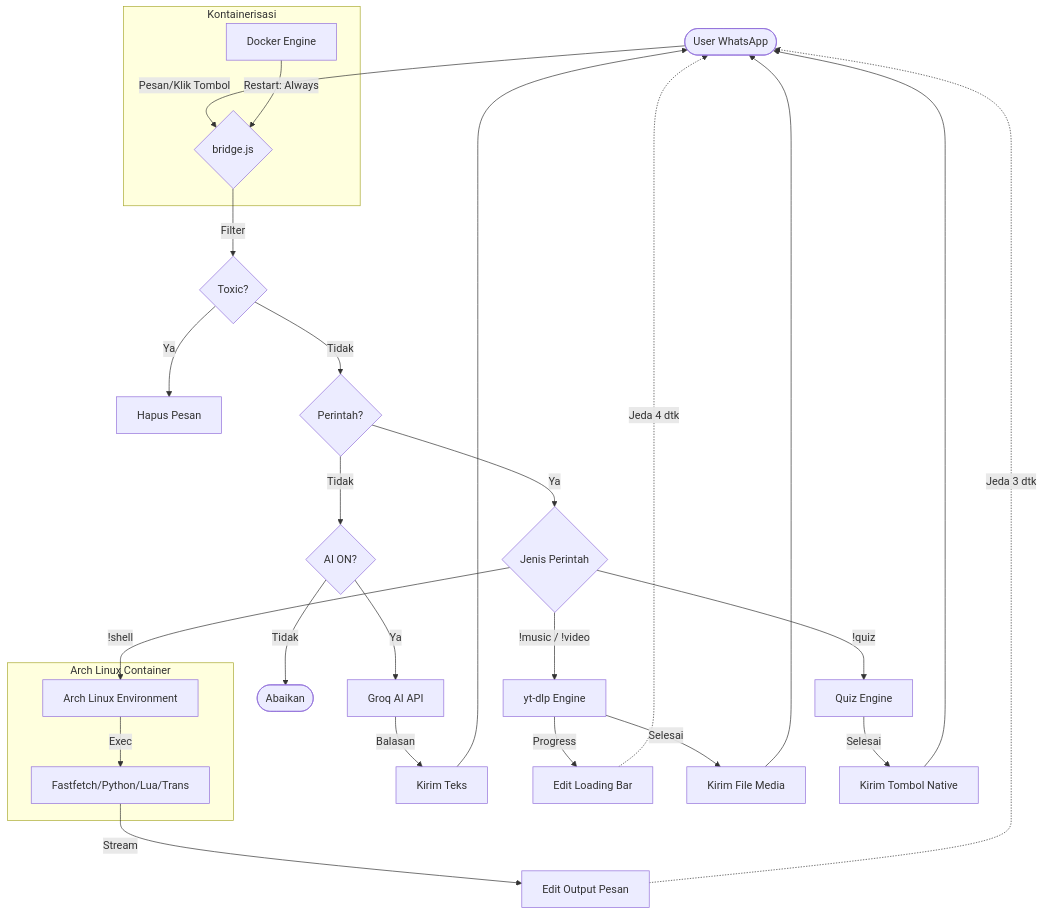
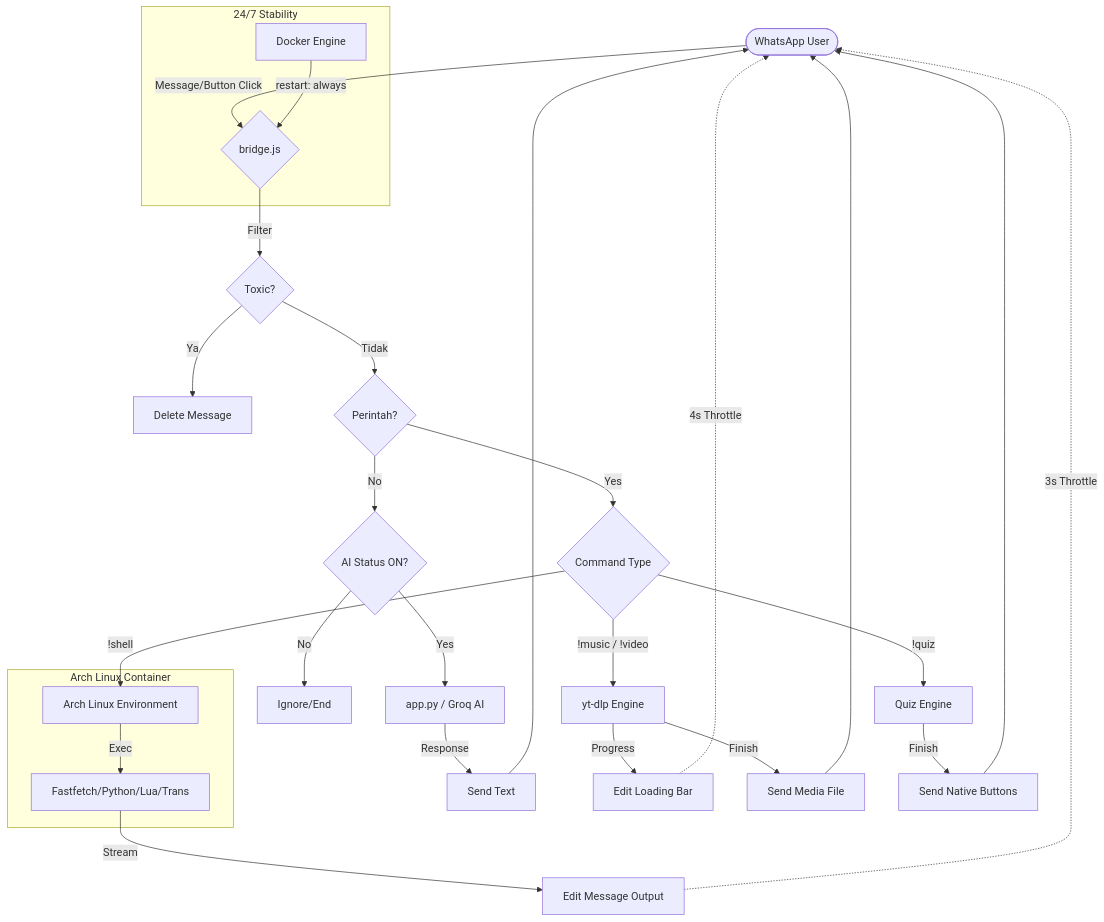
Before and after one commit to Danta23/Belinda_AI: the diagram in README.md, drawn with Mermaid. The commit also changed other lines of this file and 11 other files, not shown here.

````diff
--- a/README.md
+++ b/README.md
@@ -22,41 +62,41 @@
 ```mermaid
 graph TD
-    User([User WhatsApp]) -->|Pesan/Klik Tombol| Bridge{bridge.js}
+    User([WhatsApp User]) -->|Message/Button Click| Bridge{bridge.js}
     
     %% Filter & Command Check
     Bridge -->|Filter| Toxic{Toxic?}
-    Toxic -->|Ya| Delete[Hapus Pesan]
+    Toxic -->|Ya| Delete[Delete Message]
     Toxic -->|Tidak| CmdCheck{Perintah?}
 
-    %% Jalur AI
-    CmdCheck -->|Tidak| AIStatus{AI ON?}
-    AIStatus -->|Ya| Groq[Groq AI API]
-    Groq -->|Balasan| SendText[Kirim Teks]
+    %% AI Path
+    CmdCheck -->|No| AIStatus{AI Status ON?}
+    AIStatus -->|Yes| Flask[app.py / Groq AI]
+    Flask -->|Response| SendText[Send Text]
     SendText --> User
-    AIStatus -->|Tidak| End([Abaikan])
+    AIStatus -->|No| Ignore[Ignore/End]
 
-    %% Jalur Perintah
-    CmdCheck -->|Ya| Type{Jenis Perintah}
+    %% Command Path
+    CmdCheck -->|Yes| Type{Command Type}
     
     Type -->|!shell| Shell[Arch Linux Environment]
     subgraph Arch Linux Container
         Shell -->|Exec| Tools[Fastfetch/Python/Lua/Trans]
     end
-    Tools -->|Stream| EditShell[Edit Output Pesan]
-    EditShell -.->|Jeda 3 dtk| User
+    Tools -->|Stream| EditShell[Edit Message Output]
+    EditShell -.->|3s Throttle| User
 
     Type -->|!music / !video| YTDLP[yt-dlp Engine]
     YTDLP -->|Progress| Loading[Edit Loading Bar]
-    Loading -.->|Jeda 4 dtk| User
-    YTDLP -->|Selesai| Media[Kirim File Media]
+    Loading -.->|4s Throttle| User
+    YTDLP -->|Finish| Media[Send Media File]
     Media --> User
 
     Type -->|!quiz| Quiz[Quiz Engine]
-    Quiz -->|Selesai| Buttons[Kirim Tombol Native]
+    Quiz -->|Finish| Buttons[Send Native Buttons]
     Buttons --> User
 
-    %% Docker Restart Logic
-    subgraph Kontainerisasi
-        Docker[Docker Engine] -->|Restart: Always| Bridge
+    %% Docker Cycle
+    subgraph 24/7 Stability
+        Docker[Docker Engine] -->|restart: always| Bridge
     end
 ```
````
